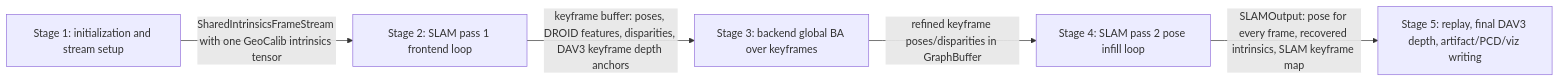
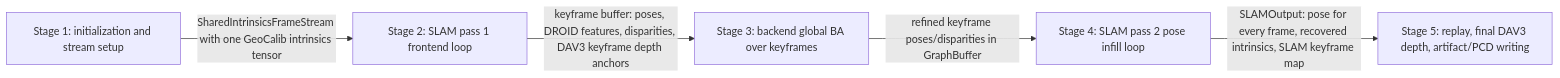
One commit to sadanand1120/vipe changed the first of 12 diagrams in fullexplain.md. Above: the diagram before and after it, drawn with Mermaid. The commit also changed other lines of this file and 8 other files, not shown here.

````diff
--- a/fullexplain.md
+++ b/fullexplain.md
@@ -32,7 +31,7 @@
 ```mermaid
 flowchart LR
     S1[Stage 1: initialization and stream setup] -->|SharedIntrinsicsFrameStream with one GeoCalib intrinsics tensor| S2[Stage 2: SLAM pass 1 frontend loop]
     S2 -->|keyframe buffer: poses, DROID features, disparities, DAV3 keyframe depth anchors| S3[Stage 3: backend global BA over keyframes]
     S3 -->|refined keyframe poses/disparities in GraphBuffer| S4[Stage 4: SLAM pass 2 pose infill loop]
-    S4 -->|SLAMOutput: pose for every frame, recovered intrinsics, SLAM keyframe map| S5[Stage 5: replay, final DAV3 depth, artifact/PCD/viz writing]
+    S4 -->|SLAMOutput: pose for every frame, recovered intrinsics, SLAM keyframe map| S5[Stage 5: replay, final DAV3 depth, artifact/PCD writing]
 ```
````
